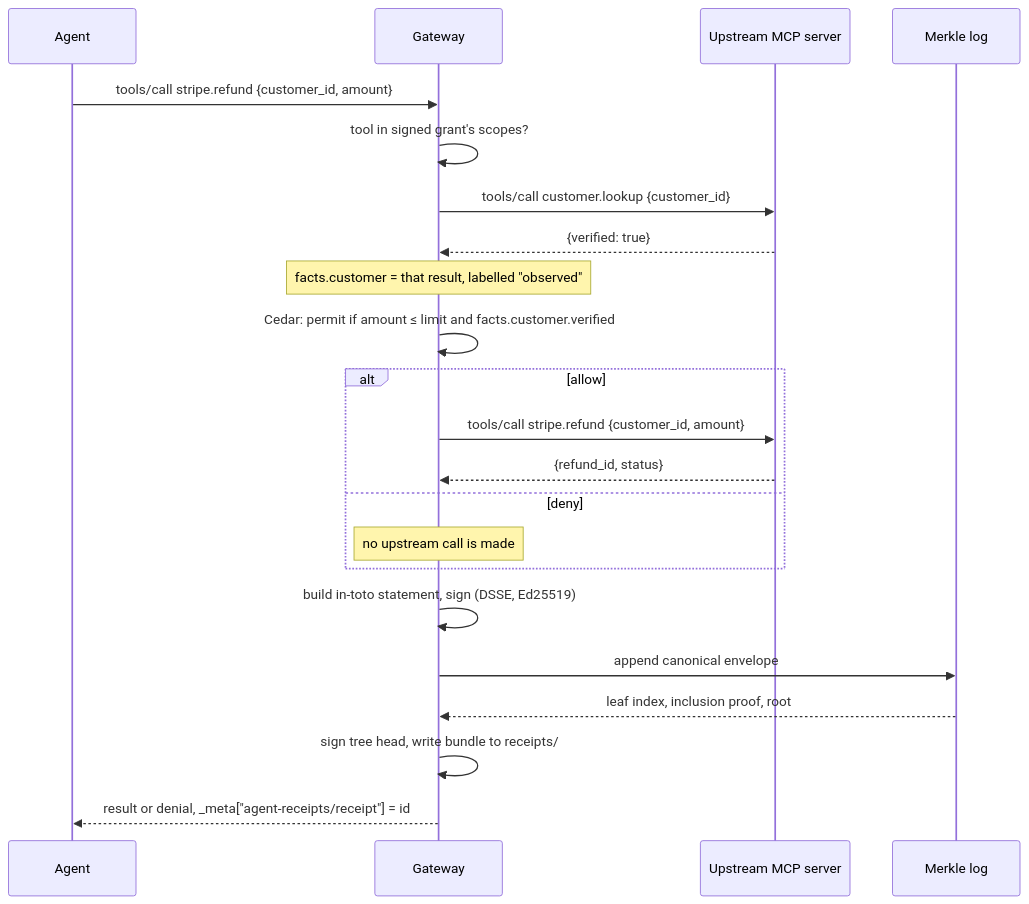
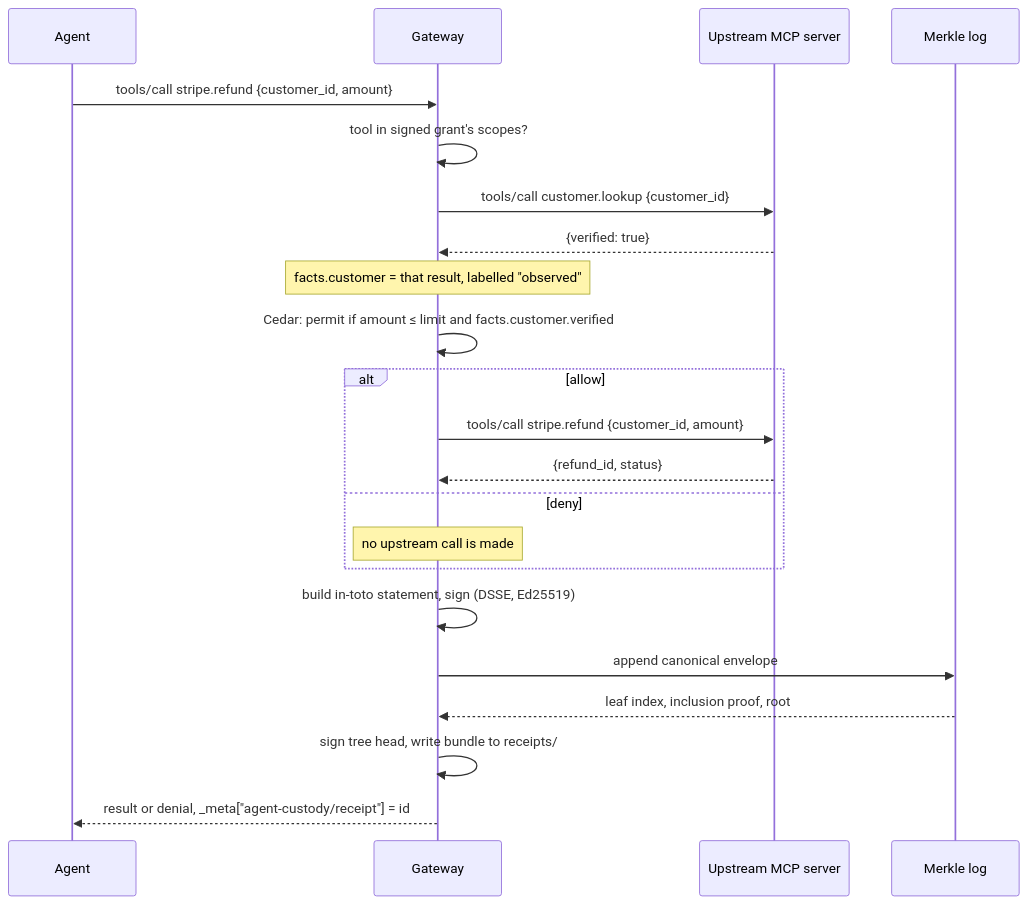
The second of 3 diagrams in README.md (ch4r10t33r/agent-custody), drawn with Mermaid before and after one commit. The commit also changed other lines of this file and 15 other files, not shown here.

First line of the commit message:
Rename agent-receipts to agent-custody

````diff
--- a/README.md
+++ b/README.md
@@ -80,25 +80,25 @@
 ```mermaid
 sequenceDiagram
     participant Agent
     participant Gateway
     participant Upstream as Upstream MCP server
     participant Log as Merkle log
 
     Agent->>Gateway: tools/call stripe.refund {customer_id, amount}
     Gateway->>Gateway: tool in signed grant's scopes?
     Gateway->>Upstream: tools/call customer.lookup {customer_id}
     Upstream-->>Gateway: {verified: true}
     Note over Gateway: facts.customer = that result, labelled "observed"
     Gateway->>Gateway: Cedar: permit if amount ≤ limit and facts.customer.verified
     alt allow
         Gateway->>Upstream: tools/call stripe.refund {customer_id, amount}
         Upstream-->>Gateway: {refund_id, status}
     else deny
         Note over Gateway: no upstream call is made
     end
     Gateway->>Gateway: build in-toto statement, sign (DSSE, Ed25519)
     Gateway->>Log: append canonical envelope
     Log-->>Gateway: leaf index, inclusion proof, root
     Gateway->>Gateway: sign tree head, write bundle to receipts/
-    Gateway-->>Agent: result or denial, _meta["agent-receipts/receipt"] = id
+    Gateway-->>Agent: result or denial, _meta["agent-custody/receipt"] = id
 ```
````
